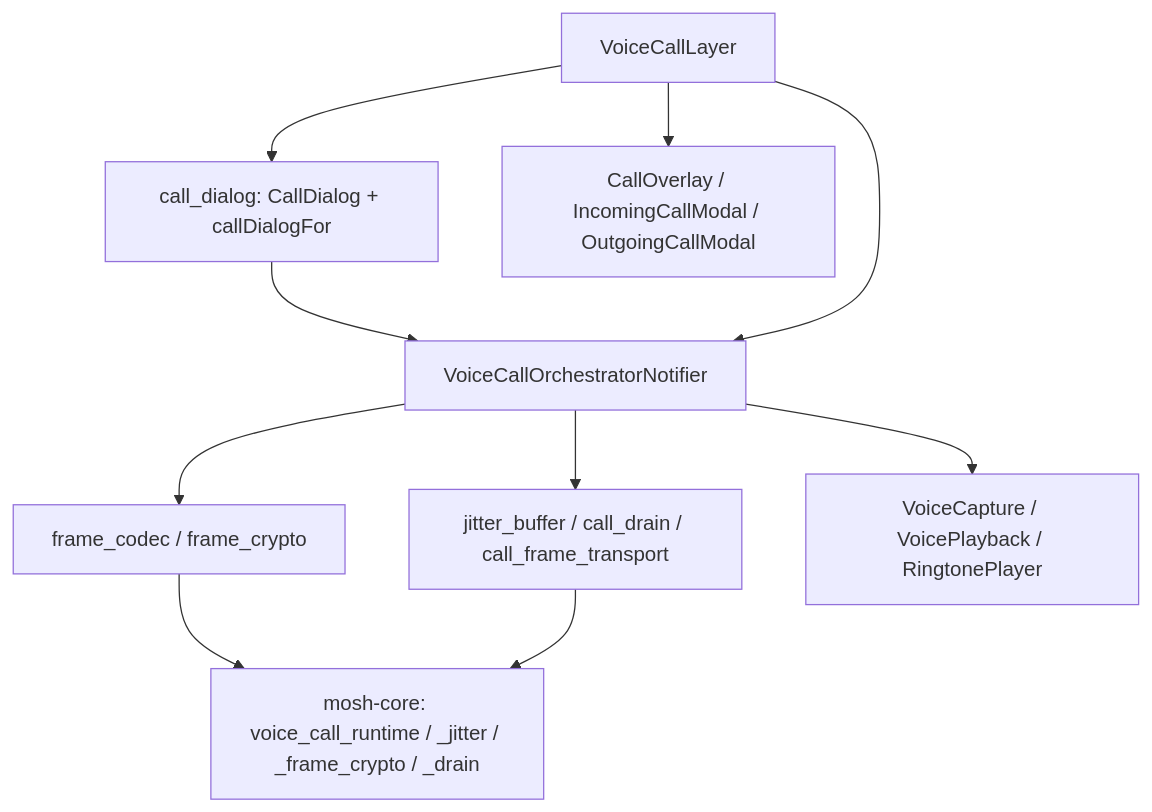
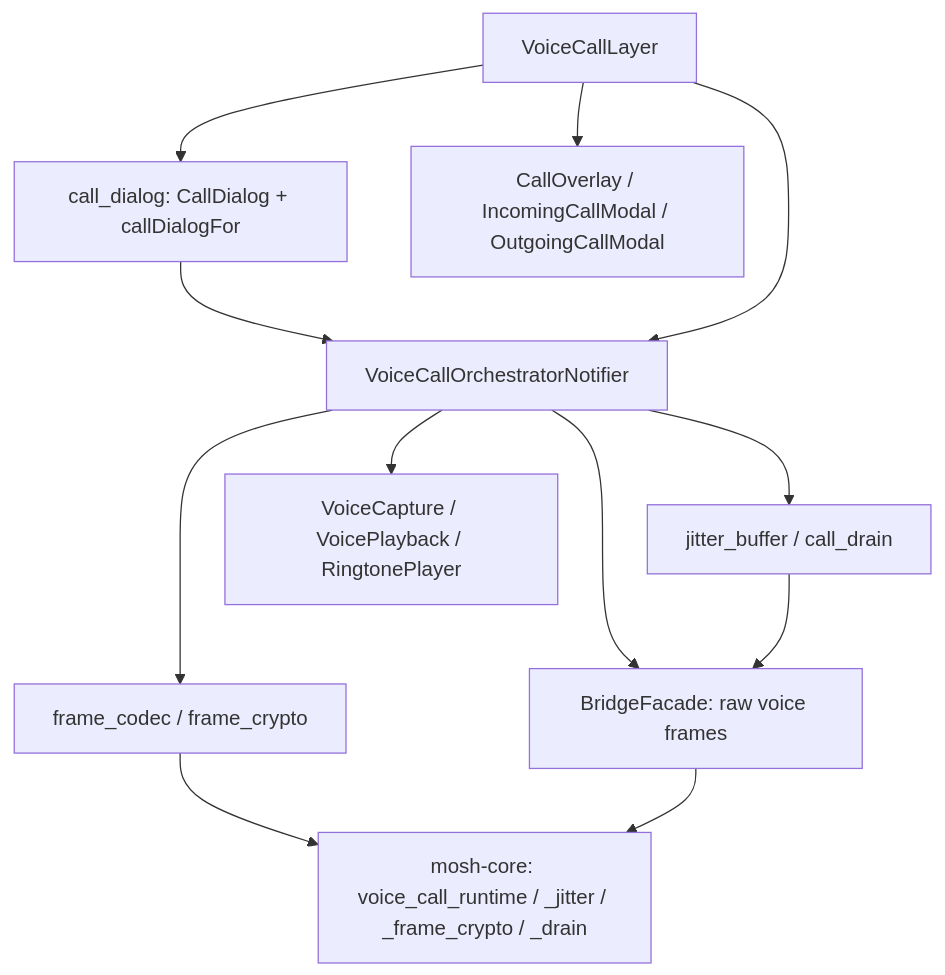
Before and after one commit to redstone-md/mosh-flutter: diagram 23 of 25 in docs/Architecture.md, drawn with Mermaid. The commit also changed other lines of this file and 9 other files, not shown here.

Commit message:
refactor(voice): use raw bridge frames without a transport adapter

````diff
--- a/docs/Architecture.md
+++ b/docs/Architecture.md
@@ -1032,21 +1032,24 @@
 ```mermaid
 flowchart TD
     Layer[VoiceCallLayer]
     Orch[VoiceCallOrchestratorNotifier]
     Dialog["call_dialog: CallDialog + callDialogFor"]
     Modals["CallOverlay / IncomingCallModal / OutgoingCallModal"]
     Codec["frame_codec / frame_crypto"]
-    Media["jitter_buffer / call_drain / call_frame_transport"]
+    Media["jitter_buffer / call_drain"]
+    Bridge["BridgeFacade: raw voice frames"]
     Adapters["VoiceCapture / VoicePlayback / RingtonePlayer"]
     Rust["mosh-core: voice_call_runtime / _jitter / _frame_crypto / _drain"]
 
     Dialog --> Orch
     Layer --> Dialog
     Layer --> Modals
     Layer --> Orch
     Orch --> Adapters
     Orch --> Codec
     Orch --> Media
     Codec --> Rust
-    Media --> Rust
+    Orch --> Bridge
+    Media --> Bridge
+    Bridge --> Rust
 ```
````
